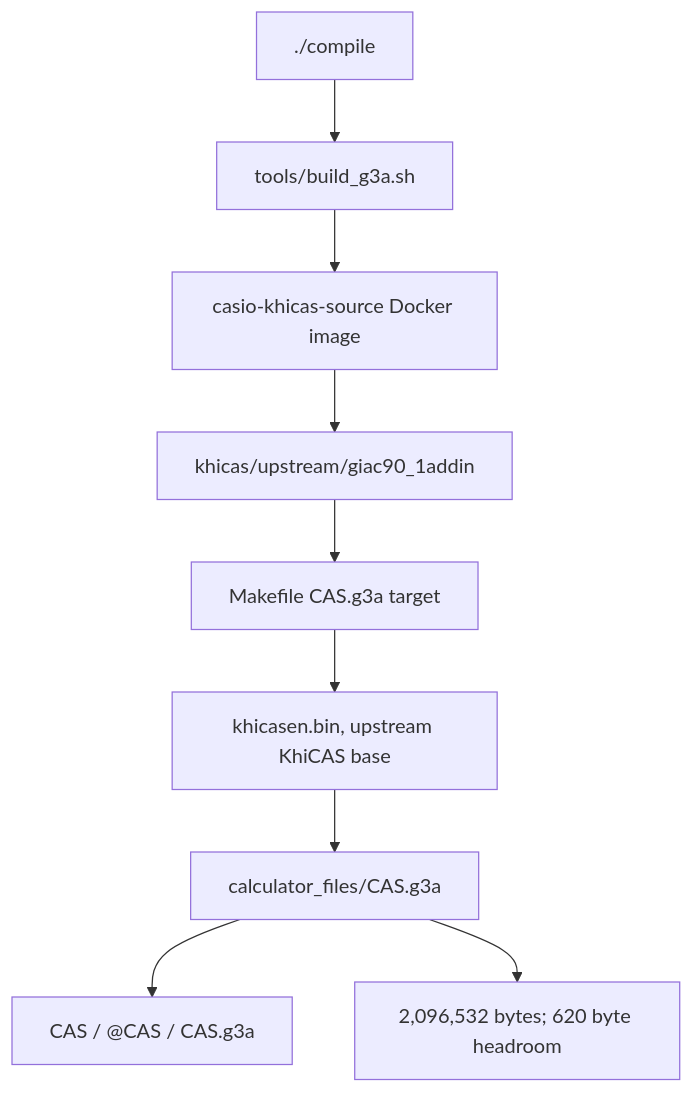
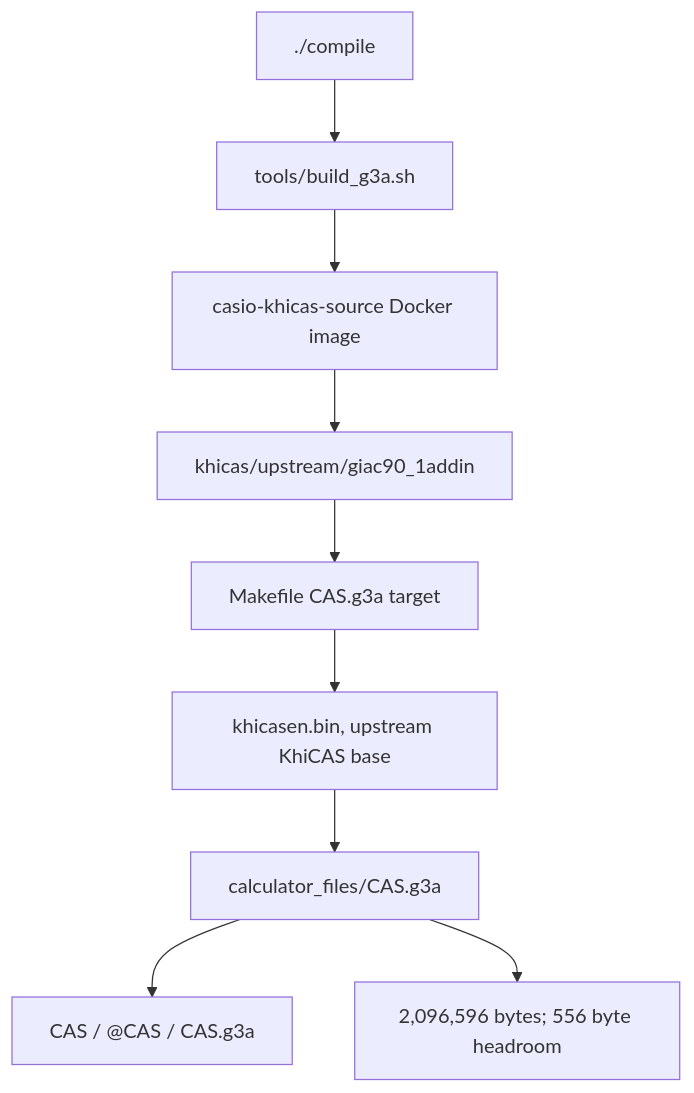
Before and after one commit to james8464/notes-addin-casio-fx-cg50: the first of 5 diagrams in docs/GRAPH.md, drawn with Mermaid. The commit also changed other lines of this file and 3 other files, not shown here.

````diff
--- a/docs/GRAPH.md
+++ b/docs/GRAPH.md
@@ -7,11 +7,11 @@
 ```mermaid
 graph TD
   Compile["./compile"] --> Build["tools/build_g3a.sh"]
   Build --> Docker["casio-khicas-source Docker image"]
   Docker --> Src["khicas/upstream/giac90_1addin"]
   Src --> Make["Makefile CAS.g3a target"]
   Make --> Bin["khicasen.bin, upstream KhiCAS base"]
   Bin --> G3A["calculator_files/CAS.g3a"]
   G3A --> Meta["CAS / @CAS / CAS.g3a"]
-  G3A --> Size["2,096,532 bytes; 620 byte headroom"]
+  G3A --> Size["2,096,596 bytes; 556 byte headroom"]
 ```
````
